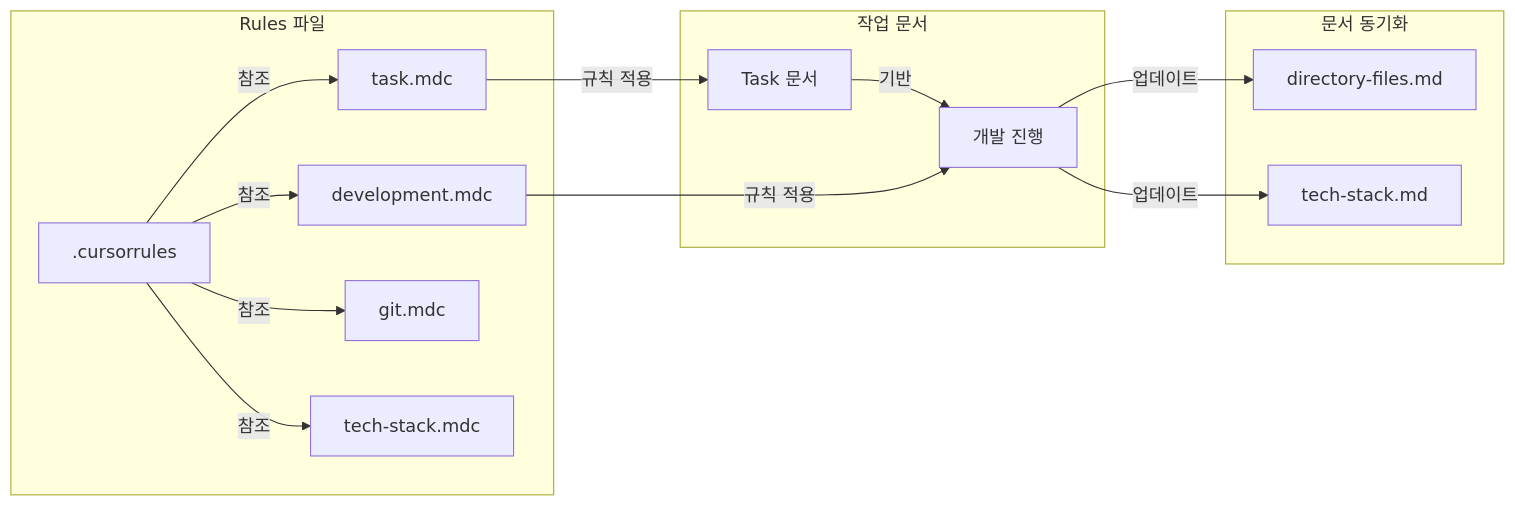
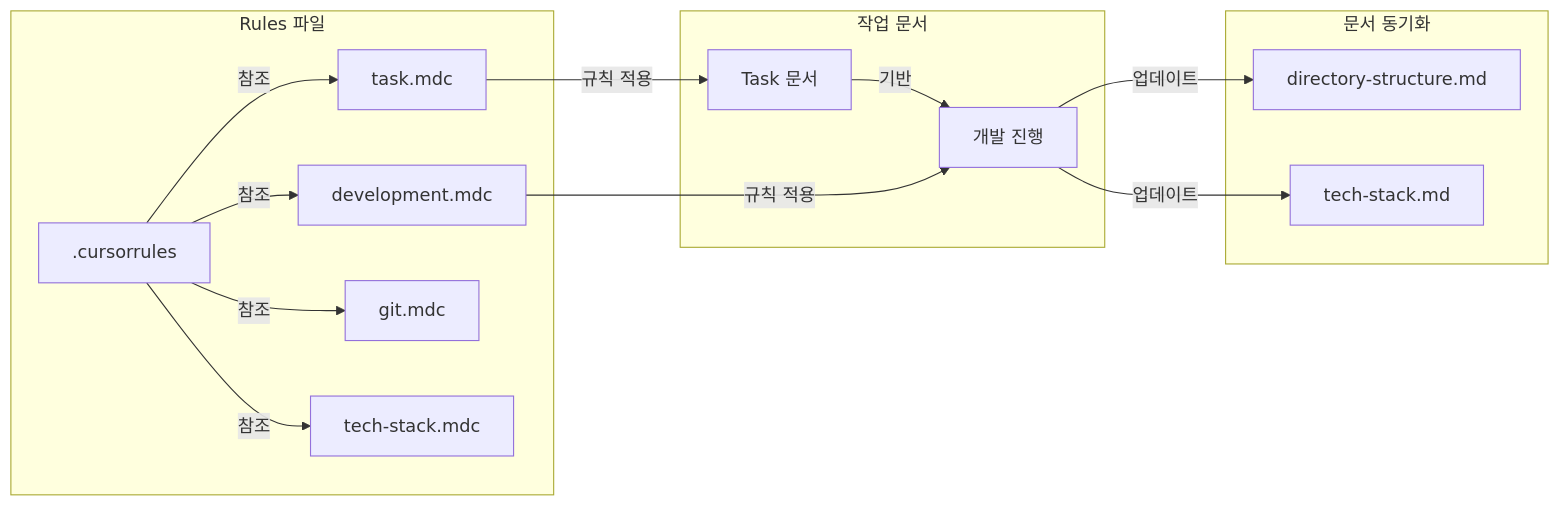
Before and after one commit to xgro/cursor-init: the diagram in cursor_init/templates/profile/default/.cursor-init/docs/workflow.md, drawn with Mermaid. The commit also changed other lines of this file and 3 other files, not shown here.

````diff
--- a/cursor_init/templates/profile/default/.cursor-init/docs/workflow.md
+++ b/cursor_init/templates/profile/default/.cursor-init/docs/workflow.md
@@ -116,23 +110,23 @@
 ```mermaid
 graph LR
     subgraph Rules[Rules 파일]
         CR[.cursorrules] --> |참조| TMD[task.mdc]
         CR --> |참조| DMD[development.mdc]
         CR --> |참조| GMD[git.mdc]
         CR --> |참조| TSMD[tech-stack.mdc]
     end
 
     subgraph Docs[문서 동기화]
-        DF[directory-files.md]
+        DF[directory-structure.md]
         TS[tech-stack.md]
     end
 
     subgraph Tasks[작업 문서]
         TD[Task 문서] --> |기반| Dev[개발 진행]
     end
 
     TMD --> |규칙 적용| TD
     DMD --> |규칙 적용| Dev
     Dev --> |업데이트| DF
     Dev --> |업데이트| TS
 ```
````
